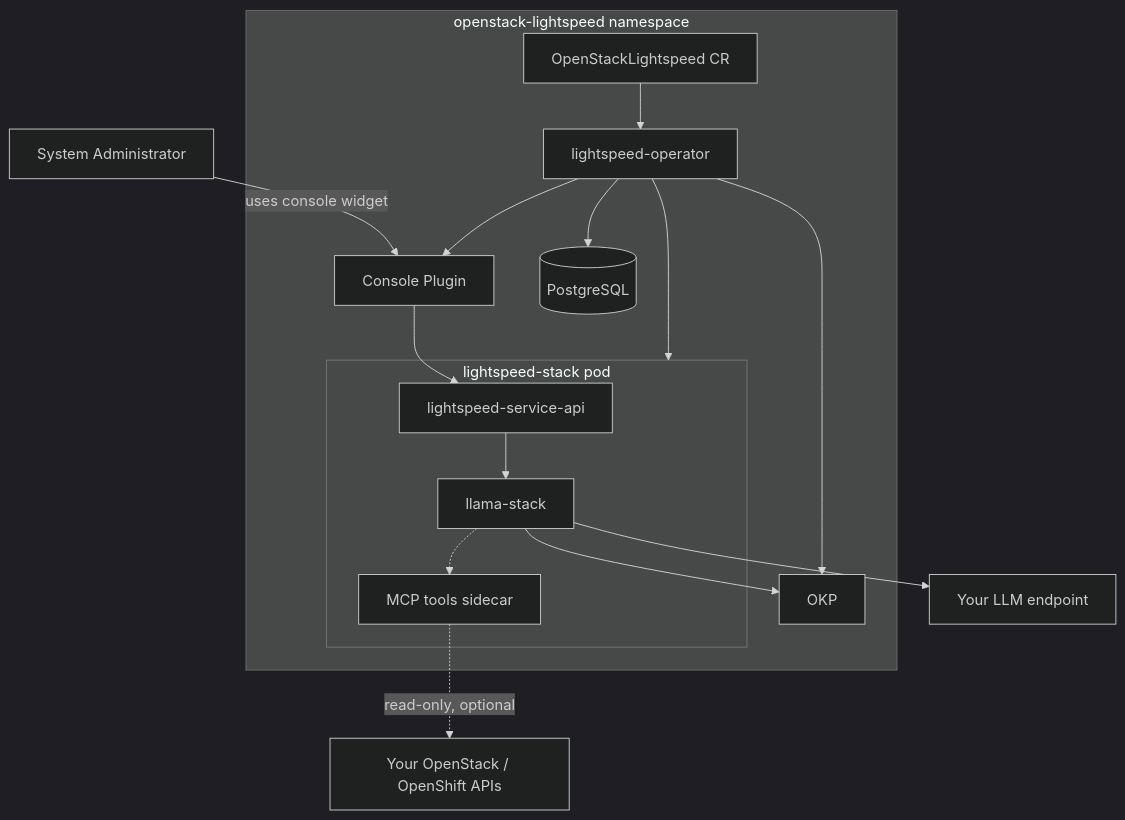
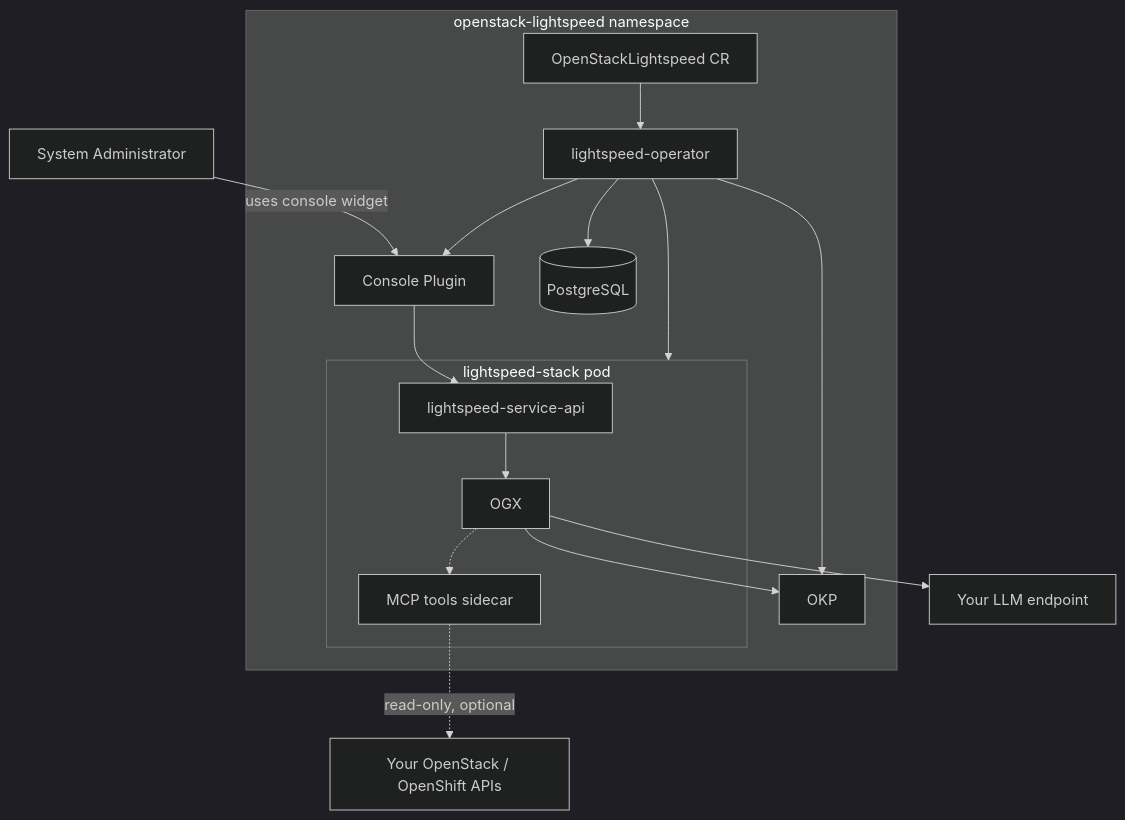
Before and after one commit to lpiwowar/lightspeed-operator: the diagram in docs/development.rst, drawn with Mermaid (dark theme). The commit also changed 27 other files, not shown here.

First line of the commit message:
Rename things from llama stack to ogx

```diff
--- a/docs/development.rst
+++ b/docs/development.rst
@@ -43,22 +43,22 @@
 .. mermaid::
 
    graph TB
        User[System Administrator] -->|uses console widget| Plugin
 
        subgraph ns["openstack-lightspeed namespace"]
            CR[OpenStackLightspeed CR] --> Operator[lightspeed-operator]
            Operator --> Plugin[Console Plugin]
            Operator --> DB[(PostgreSQL)]
            Operator --> OKP[OKP]
            Operator --> Pod
 
            subgraph Pod["lightspeed-stack pod"]
-               API[lightspeed-service-api] --> OGX[llama-stack]
+               API[lightspeed-service-api] --> OGX
                OGX -.-> MCP[MCP tools sidecar]
            end
        end
 
        Plugin --> API
        OGX --> OKP
        OGX --> LLM[Your LLM endpoint]
        MCP -.->|read-only, optional| OSP[Your OpenStack / OpenShift APIs]
```
